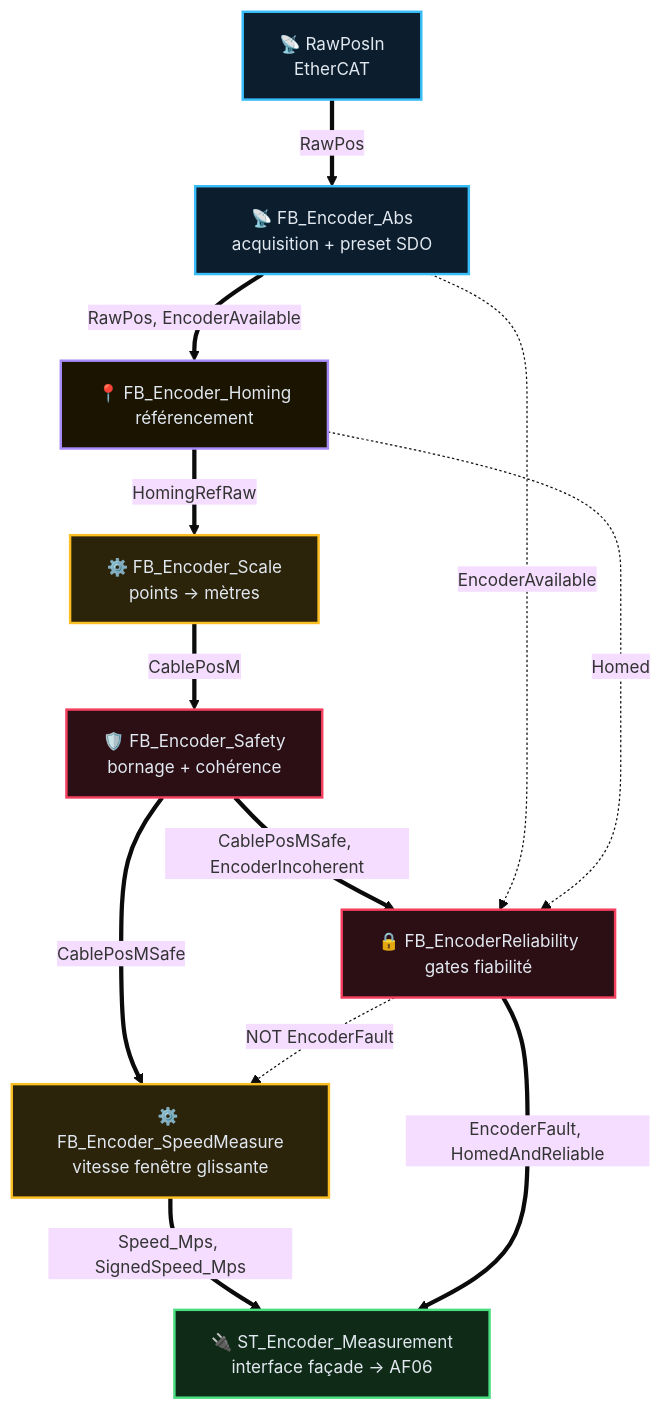
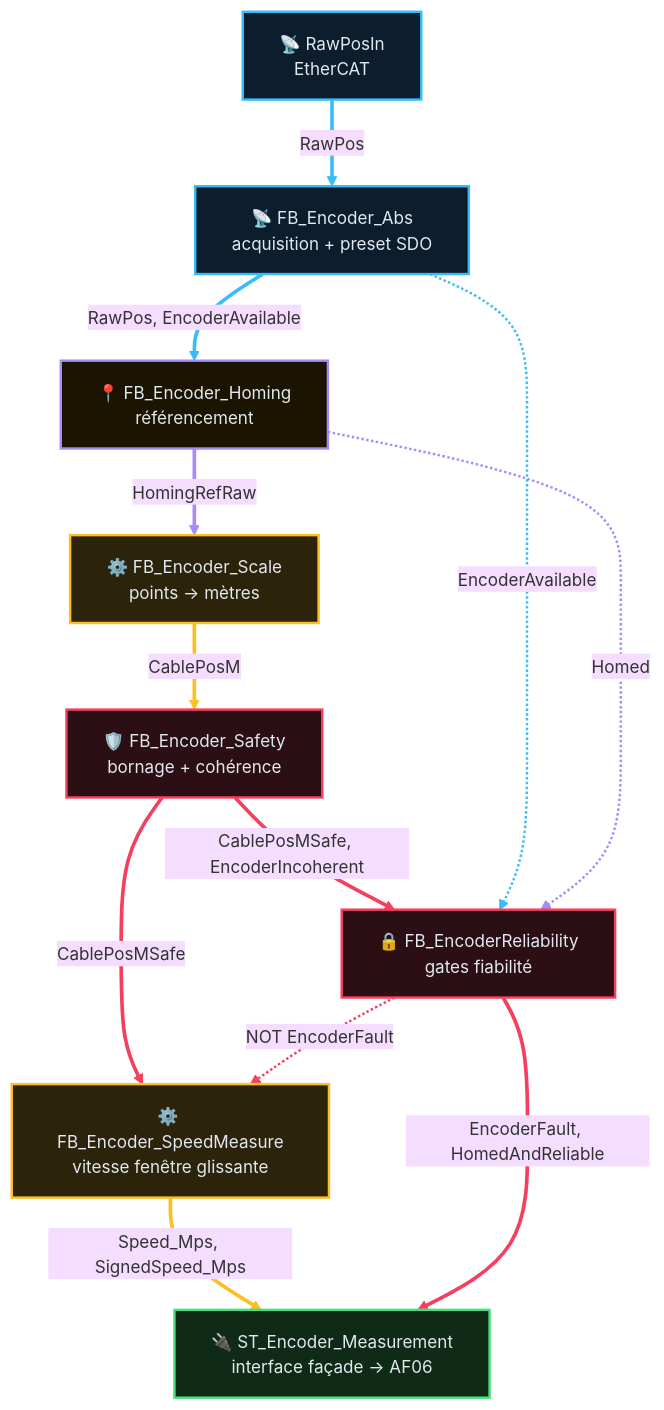
The diagram in DOC/AF/AF_Partie-09_Fonction_Encoder_v2.3.md (MatGros/2026_Projet_YGO_ExcavatriceDragage), drawn with Mermaid before and after one commit. The commit also changed 51 other files, not shown here.

````diff
--- a/DOC/AF/AF_Partie-09_Fonction_Encoder_v2.3.md
+++ b/DOC/AF/AF_Partie-09_Fonction_Encoder_v2.3.md
@@ -72,36 +72,48 @@
 ```mermaid
 %%{init: {'theme':'base', 'themeVariables': {'fontSize':'14px'}}}%%
 flowchart TD
     Raw["📡 RawPosIn<br/>EtherCAT"]
     Abs["📡 FB_Encoder_Abs<br/>acquisition + preset SDO"]
     Homing["📍 FB_Encoder_Homing<br/>référencement"]
     Scale["⚙️ FB_Encoder_Scale<br/>points → mètres"]
     Safety["🛡️ FB_Encoder_Safety<br/>bornage + cohérence"]
     Rel["🔒 FB_EncoderReliability<br/>gates fiabilité"]
     Speed["⚙️ FB_Encoder_SpeedMeasure<br/>vitesse fenêtre glissante"]
     Out["🔌 ST_Encoder_Measurement<br/>interface façade → AF06"]
 
     Raw ==>|"RawPos"| Abs
     Abs ==>|"RawPos, EncoderAvailable"| Homing
     Homing ==>|"HomingRefRaw"| Scale
     Scale ==>|"CablePosM"| Safety
     Safety ==>|"CablePosMSafe, EncoderIncoherent"| Rel
     Abs -.->|"EncoderAvailable"| Rel
     Homing -.->|"Homed"| Rel
     Safety ==>|"CablePosMSafe"| Speed
     Rel -.->|"NOT EncoderFault"| Speed
     Speed ==>|"Speed_Mps, SignedSpeed_Mps"| Out
     Rel ==>|"EncoderFault, HomedAndReliable"| Out
 
     classDef acq fill:#0c1e2e,stroke:#38bdf8,stroke-width:2px,color:#e2e8f0
     classDef ref fill:#1a1400,stroke:#a78bfa,stroke-width:2px,color:#e2e8f0
     classDef safe fill:#2b0f14,stroke:#f43f5e,stroke-width:2px,color:#e2e8f0
     classDef cmd fill:#2b230a,stroke:#fbbf24,stroke-width:2px,color:#e2e8f0
     classDef outp fill:#0f2b17,stroke:#4ade80,stroke-width:2px,color:#e2e8f0
 
     class Raw,Abs acq
     class Homing ref
     class Scale,Speed cmd
     class Safety,Rel safe
     class Out outp
+
+    linkStyle 0 stroke:#38bdf8,stroke-width:3px
+    linkStyle 1 stroke:#38bdf8,stroke-width:3px
+    linkStyle 2 stroke:#a78bfa,stroke-width:3px
+    linkStyle 3 stroke:#fbbf24,stroke-width:3px
+    linkStyle 4 stroke:#f43f5e,stroke-width:3px
+    linkStyle 5 stroke:#38bdf8,stroke-width:2px
+    linkStyle 6 stroke:#a78bfa,stroke-width:2px
+    linkStyle 7 stroke:#f43f5e,stroke-width:3px
+    linkStyle 8 stroke:#f43f5e,stroke-width:2px
+    linkStyle 9 stroke:#fbbf24,stroke-width:3px
+    linkStyle 10 stroke:#f43f5e,stroke-width:3px
 ```
````
